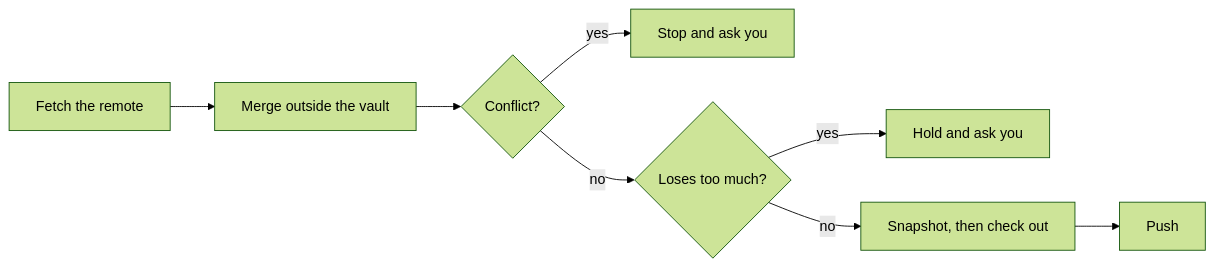
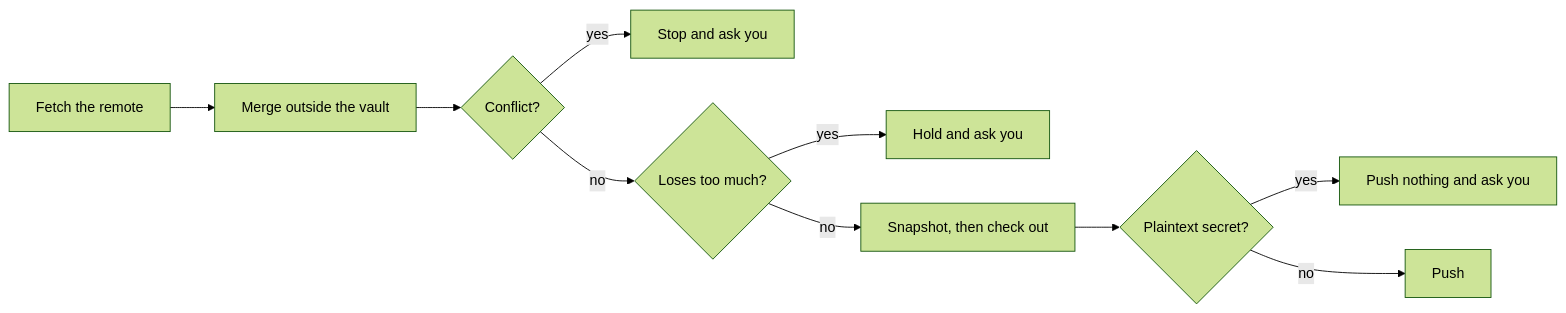
The diagram in docs-site/guides/vault-sync.md (wyx-sg/Coffer), drawn with Mermaid (forest theme) before and after one commit. The commit also changed other lines of this file and 67 other files, not shown here.

````diff
--- a/docs-site/guides/vault-sync.md
+++ b/docs-site/guides/vault-sync.md
@@ -172,10 +172,12 @@
 ```mermaid
 flowchart LR
   A["Fetch the remote"] --> B["Merge outside the vault"]
   B --> C{"Conflict?"}
   C -- "yes" --> S["Stop and ask you"]
   C -- "no" --> D{"Loses too much?"}
   D -- "yes" --> H["Hold and ask you"]
   D -- "no" --> E["Snapshot, then check out"]
-  E --> F["Push"]
+  E --> P{"Plaintext secret?"}
+  P -- "yes" --> N["Push nothing and ask you"]
+  P -- "no" --> F["Push"]
 ```
````
